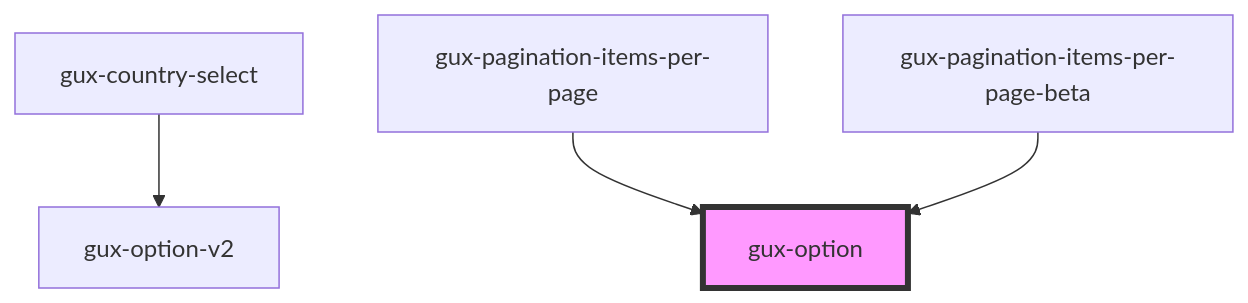
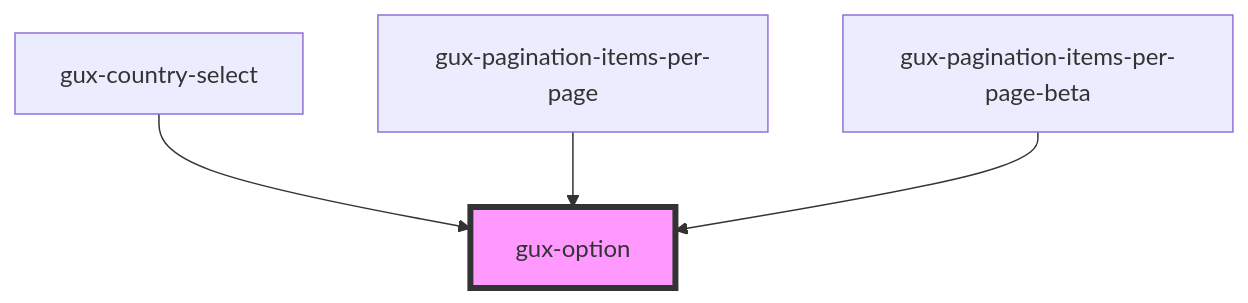
The diagram in src/components/stable/gux-listbox/gux-option/readme.md (MyPureCloud/genesys-spark), drawn with Mermaid before and after one commit. The commit also changed other lines of this file and 10 other files, not shown here.

````diff
--- a/src/components/stable/gux-listbox/gux-option/readme.md
+++ b/src/components/stable/gux-listbox/gux-option/readme.md
@@ -27,7 +27,7 @@
 ```mermaid
 graph TD;
-  gux-country-select --> gux-option-v2
+  gux-country-select --> gux-option
   gux-pagination-items-per-page --> gux-option
   gux-pagination-items-per-page-beta --> gux-option
   style gux-option fill:#f9f,stroke:#333,stroke-width:4px
 ```
````
